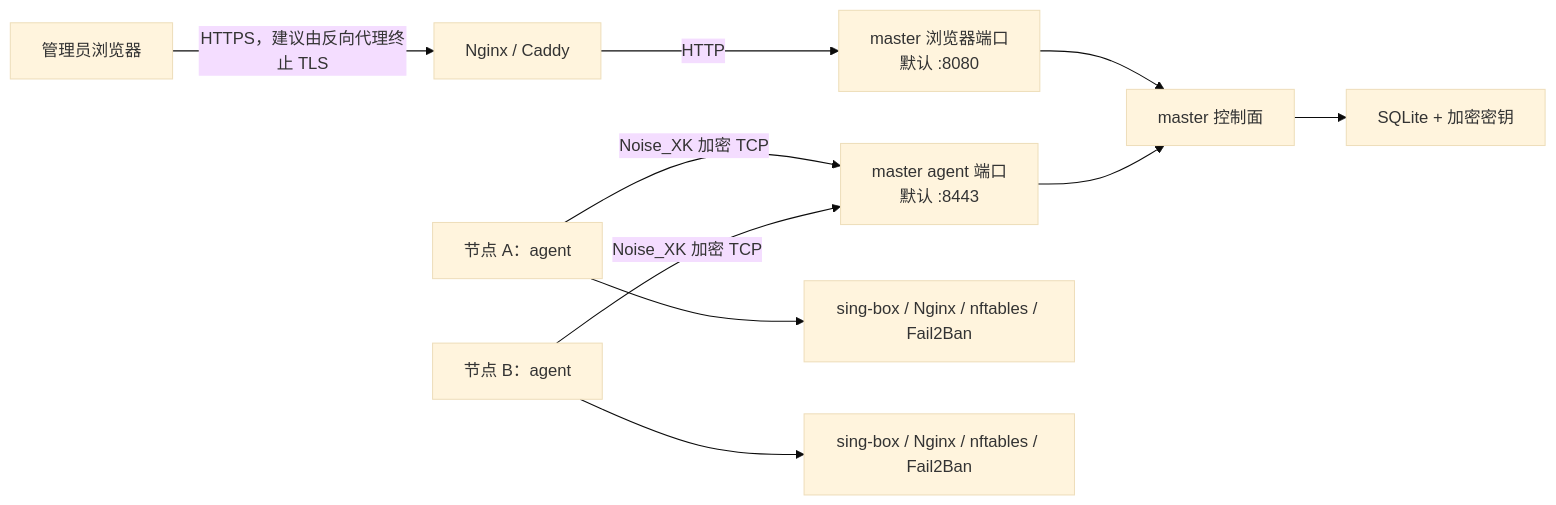
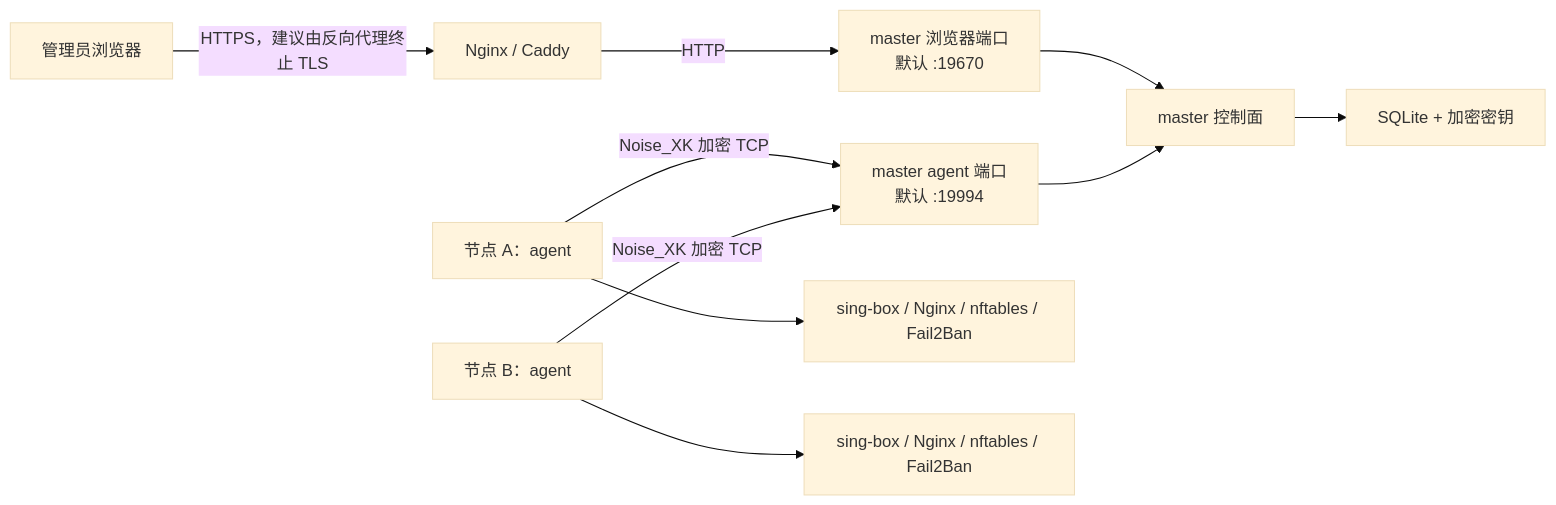
One commit to liyuwei007036/polaris changed the diagram in README.md. Above: the diagram before and after it, drawn with Mermaid (base theme). The commit also changed other lines of this file and 6 other files, not shown here.

````diff
--- a/README.md
+++ b/README.md
@@ -27,12 +27,12 @@
 ```mermaid
 flowchart LR
     Browser["管理员浏览器"] -->|"HTTPS，建议由反向代理终止 TLS"| Proxy["Nginx / Caddy"]
-    Proxy -->|"HTTP"| Web["master 浏览器端口<br/>默认 :8080"]
-    Agent1["节点 A：agent"] -->|"Noise_XK 加密 TCP"| Control["master agent 端口<br/>默认 :8443"]
+    Proxy -->|"HTTP"| Web["master 浏览器端口<br/>默认 :19670"]
+    Agent1["节点 A：agent"] -->|"Noise_XK 加密 TCP"| Control["master agent 端口<br/>默认 :19994"]
     Agent2["节点 B：agent"] -->|"Noise_XK 加密 TCP"| Control
     Web --> Master["master 控制面"]
     Control --> Master
     Master --> DB["SQLite + 加密密钥"]
     Agent1 --> Services1["sing-box / Nginx / nftables / Fail2Ban"]
     Agent2 --> Services2["sing-box / Nginx / nftables / Fail2Ban"]
 ```
````
